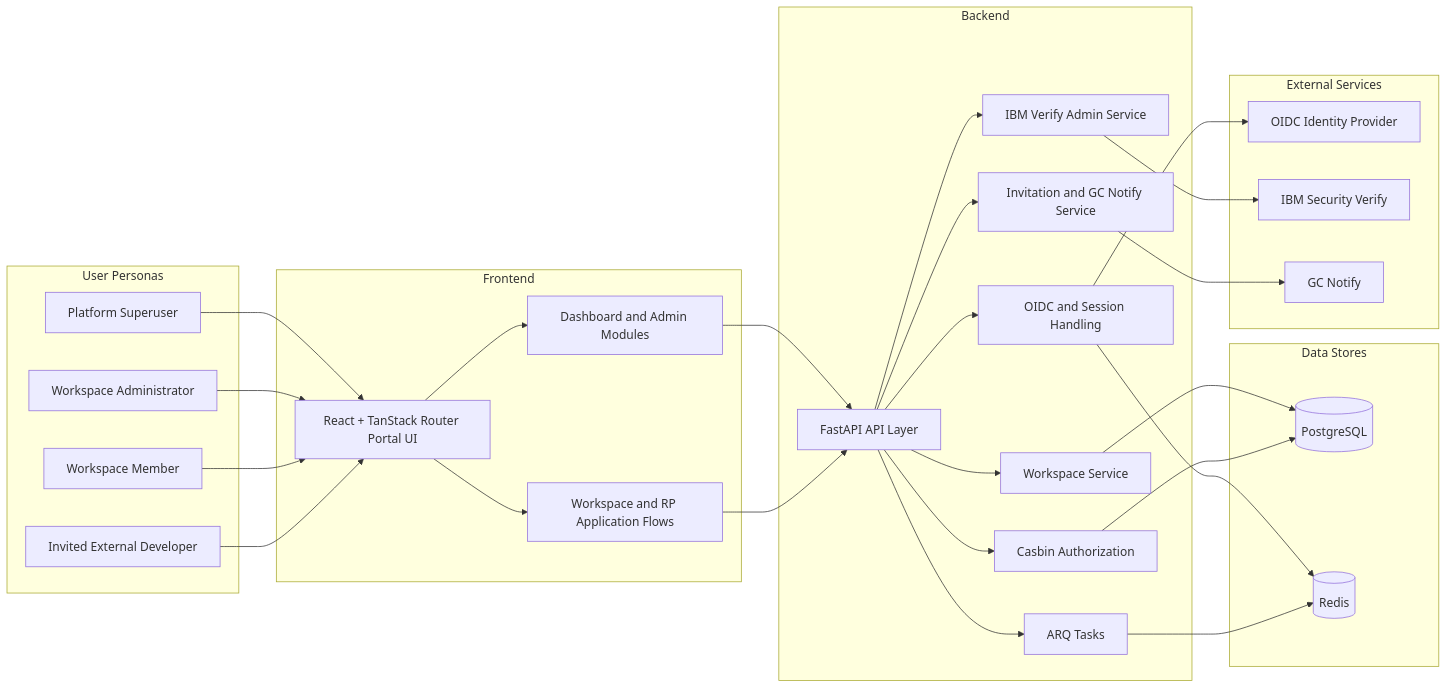
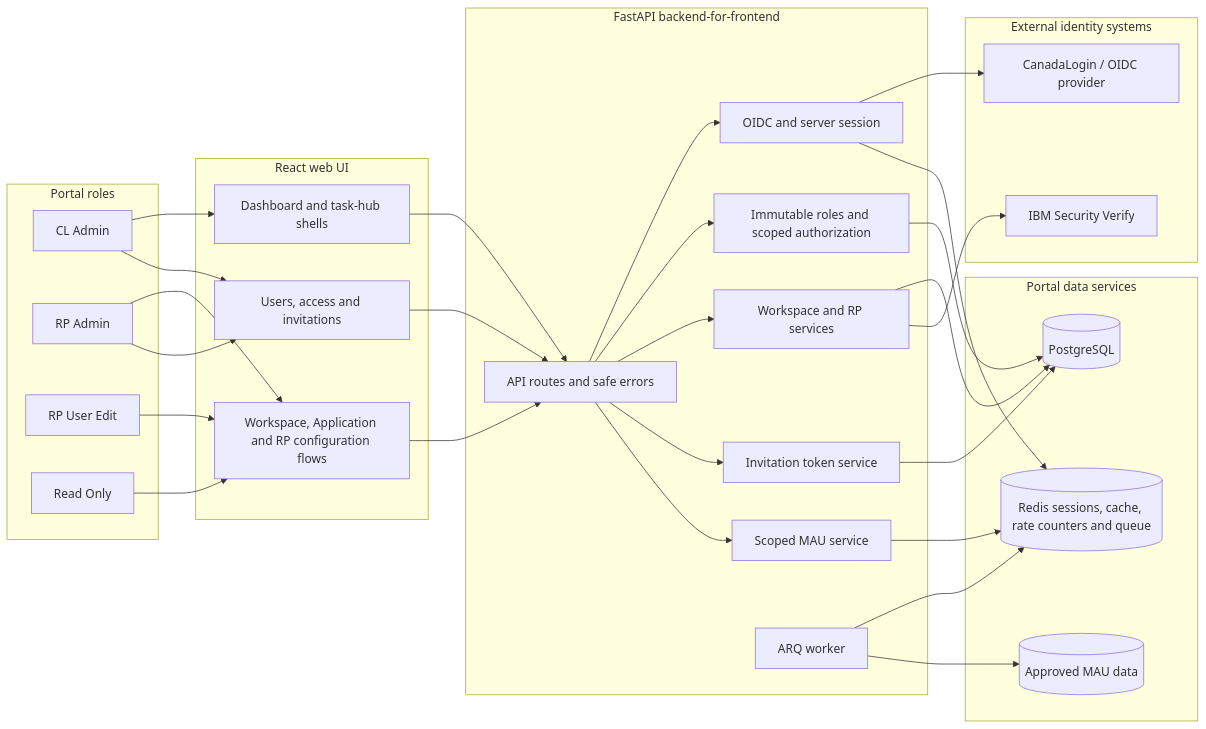
One commit to cds-snc/canadalogin-partner-portal changed the first of 5 diagrams in docs/plans/partner-portal-diagrams.md. Above: the diagram before and after it, drawn with Mermaid. The commit also changed other lines of this file and 1343 other files, not shown here.

First line of the commit message:
feat(portal): deliver MVP2 onboarding, RP configuration, and invitation workflows (#160)

````diff
--- a/docs/plans/partner-portal-diagrams.md
+++ b/docs/plans/partner-portal-diagrams.md
@@ -11,61 +20,61 @@
 ```mermaid
 flowchart LR
-    subgraph Users[User Personas]
-        SA[Platform Superuser]
-        WA[Workspace Administrator]
-        WM[Workspace Member]
-        ID[Invited External Developer]
+    subgraph People[Portal roles]
+        CL[CL Admin]
+        RPA[RP Admin]
+        RPE[RP User Edit]
+        RO[Read Only]
     end
 
-    subgraph FE[Frontend]
-        UI[React + TanStack Router Portal UI]
-        Dashboard[Dashboard and Admin Modules]
-        WorkspaceUI[Workspace and RP Application Flows]
+    subgraph Frontend[React web UI]
+        Shell[Dashboard and task-hub shells]
+        Partner[Workspace, Application and RP configuration flows]
+        Access[Users, access and invitations]
     end
 
-    subgraph BE[Backend]
-        API[FastAPI API Layer]
-        Auth[OIDC and Session Handling]
-        Access[Casbin Authorization]
-        WorkspaceSvc[Workspace Service]
-        IBMService[IBM Verify Admin Service]
-        InviteSvc[Invitation and GC Notify Service]
-        Tasks[ARQ Tasks]
+    subgraph Backend[FastAPI backend-for-frontend]
+        API[API routes and safe errors]
+        Auth[OIDC and server session]
+        Authorization[Immutable roles and scoped authorization]
+        Workspace[Workspace and RP services]
+        Invitations[Invitation token service]
+        MAU[Scoped MAU service]
+        Worker[ARQ worker]
     end
 
-    subgraph Data[Data Stores]
+    subgraph Data[Portal data services]
         PG[(PostgreSQL)]
-        Redis[(Redis)]
+        Redis[(Redis sessions, cache, rate counters and queue)]
+        S3[(Approved MAU data)]
     end
 
-    subgraph External[External Services]
-        OIDC[OIDC Identity Provider]
+    subgraph External[External identity systems]
+        OIDC[CanadaLogin / OIDC provider]
         IBM[IBM Security Verify]
-        Notify[GC Notify]
     end
 
-    SA --> UI
-    WA --> UI
-    WM --> UI
-    ID --> UI
+    CL --> Shell
+    RPA --> Partner
+    RPE --> Partner
+    RO --> Partner
+    CL --> Access
+    RPA --> Access
 
-    UI --> Dashboard
-    UI --> WorkspaceUI
-    Dashboard --> API
-    WorkspaceUI --> API
-
+    Shell --> API
+    Partner --> API
+    Access --> API
     API --> Auth
-    API --> Access
-    API --> WorkspaceSvc
-    API --> IBMService
-    API --> InviteSvc
-    API --> Tasks
-
+    API --> Authorization
+    API --> Workspace
+    API --> Invitations
+    API --> MAU
     Auth --> OIDC
     Auth --> Redis
-    WorkspaceSvc --> PG
-    Access --> PG
-    IBMService --> IBM
-    InviteSvc --> Notify
-    Tasks --> Redis
+    Authorization --> PG
+    Workspace --> PG
+    Workspace --> IBM
+    Invitations --> PG
+    MAU --> Redis
+    Worker --> Redis
+    Worker --> S3
 ```
````
